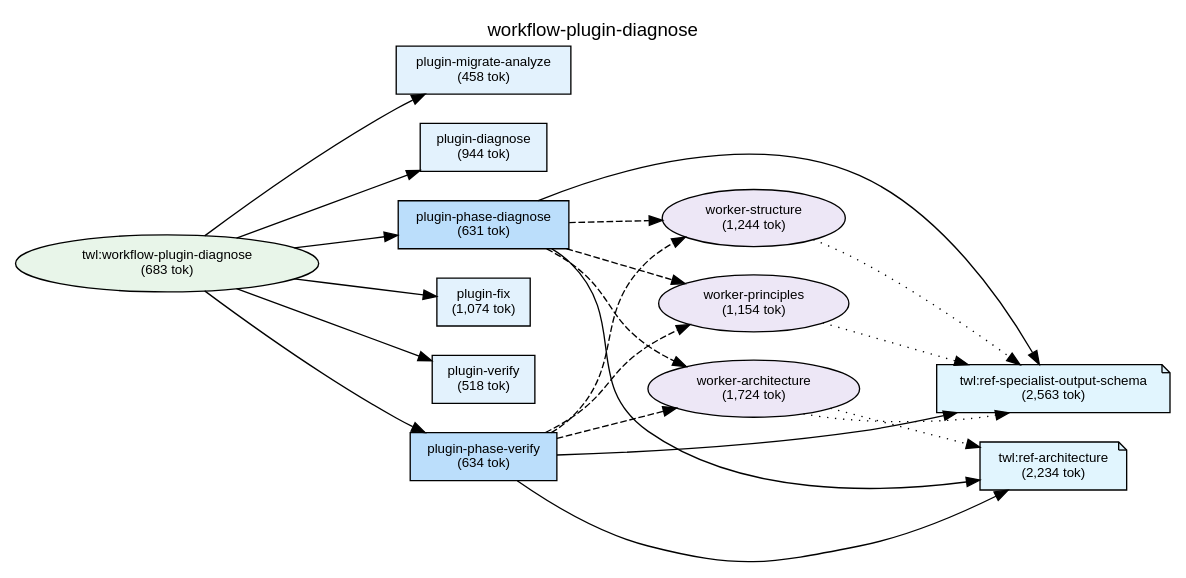
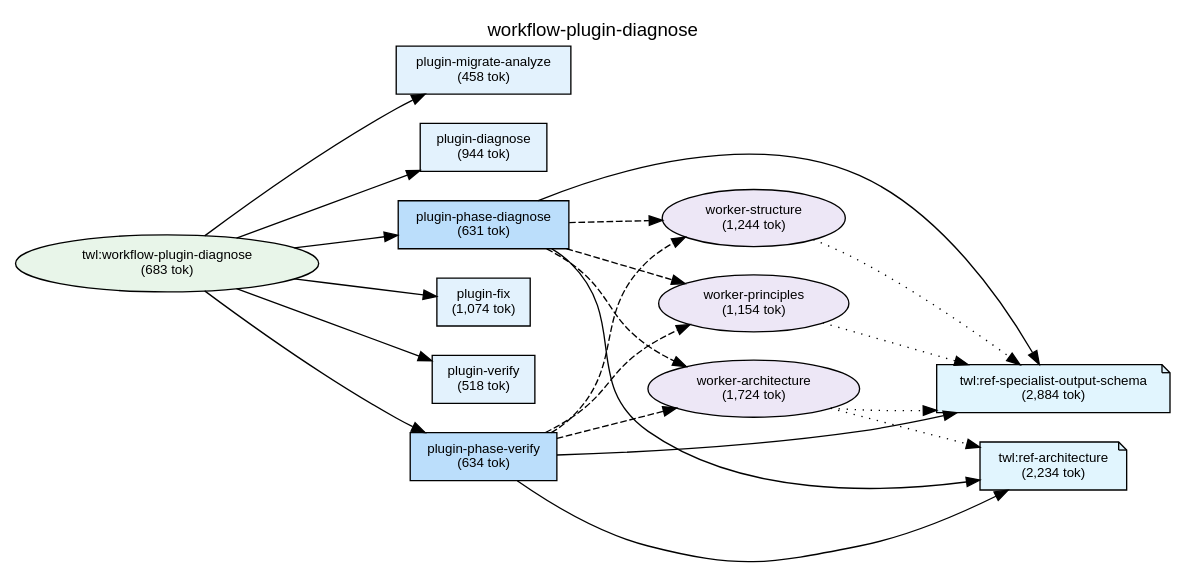
One commit to shuu5/twill changed the diagram in plugins/twl/docs/deps-workflow-plugin-diagnose.dot. Above: the diagram before and after it, drawn with Graphviz. The commit also changed 19 other files, not shown here.

```diff
--- a/plugins/twl/docs/deps-workflow-plugin-diagnose.dot
+++ b/plugins/twl/docs/deps-workflow-plugin-diagnose.dot
@@ -1,89 +1,88 @@
 digraph Dependencies {
     // Graph settings
     rankdir=LR;
     ranksep=0.8;
     nodesep=0.3;
     fontname="Helvetica";
     node [fontname="Helvetica", fontsize=10];
     edge [fontname="Helvetica", fontsize=9];
     label="workflow-plugin-diagnose";
     labelloc=t;
     fontsize=14;
 
     // L0: Controller Skills
 
     // L0: Launchers
 
     // L0.5: Workflow Skills
     skill_workflow_plugin_diagnose [label="twl:workflow-plugin-diagnose\n(683 tok)", shape=ellipse, style=filled, fillcolor="#e8f5e9"];
 
     // Reference Skills
-    skill_ref_specialist_output_schema [label="twl:ref-specialist-output-schema\n(2,563 tok)", shape=note, style=filled, fillcolor="#e1f5fe"];
+    skill_ref_specialist_output_schema [label="twl:ref-specialist-output-schema\n(2,884 tok)", shape=note, style=filled, fillcolor="#e1f5fe"];
     skill_ref_architecture [label="twl:ref-architecture\n(2,234 tok)", shape=note, style=filled, fillcolor="#e1f5fe"];
 
     // L1: Direct Commands
     cmd_plugin_migrate_analyze [label="plugin-migrate-analyze\n(458 tok)", shape=box, style=filled, fillcolor="#e3f2fd"];
     cmd_plugin_diagnose [label="plugin-diagnose\n(944 tok)", shape=box, style=filled, fillcolor="#e3f2fd"];
     cmd_plugin_fix [label="plugin-fix\n(1,074 tok)", shape=box, style=filled, fillcolor="#e3f2fd"];
     cmd_plugin_verify [label="plugin-verify\n(518 tok)", shape=box, style=filled, fillcolor="#e3f2fd"];
     cmd_plugin_phase_diagnose [label="plugin-phase-diagnose\n(631 tok)", shape=box, style=filled, fillcolor="#bbdefb"];
     cmd_plugin_phase_verify [label="plugin-phase-verify\n(634 tok)", shape=box, style=filled, fillcolor="#bbdefb"];
 
     // L2: Sub Commands
 
     // L3: Agents
     agent_worker_structure [label="worker-structure\n(1,244 tok)", shape=ellipse, style=filled, fillcolor="#ede7f6"];
     agent_worker_principles [label="worker-principles\n(1,154 tok)", shape=ellipse, style=filled, fillcolor="#ede7f6"];
     agent_worker_architecture [label="worker-architecture\n(1,724 tok)", shape=ellipse, style=filled, fillcolor="#ede7f6"];
 
     // L3.5: Scripts
 
     // L4: External
 
     // Layer constraints
     { rank=same; skill_workflow_plugin_diagnose; }
     { rank=same; skill_ref_specialist_output_schema; skill_ref_architecture; }
     { rank=same; cmd_plugin_migrate_analyze; cmd_plugin_diagnose; cmd_plugin_fix; cmd_plugin_verify; cmd_plugin_phase_diagnose; cmd_plugin_phase_verify; }
     { rank=same; agent_worker_structure; agent_worker_principles; agent_worker_architecture; }
 
     // Edges
     skill_workflow_plugin_diagnose -> cmd_plugin_migrate_analyze;
     skill_workflow_plugin_diagnose -> cmd_plugin_diagnose;
     skill_workflow_plugin_diagnose -> cmd_plugin_phase_diagnose;
     skill_workflow_plugin_diagnose -> cmd_plugin_fix;
     skill_workflow_plugin_diagnose -> cmd_plugin_verify;
     skill_workflow_plugin_diagnose -> cmd_plugin_phase_verify;
     cmd_plugin_phase_diagnose -> agent_worker_structure [style=dashed];
     cmd_plugin_phase_diagnose -> agent_worker_principles [style=dashed];
     cmd_plugin_phase_diagnose -> agent_worker_architecture [style=dashed];
     cmd_plugin_phase_diagnose -> skill_ref_specialist_output_schema;
     cmd_plugin_phase_diagnose -> skill_ref_architecture;
     cmd_plugin_phase_verify -> agent_worker_structure [style=dashed];
     cmd_plugin_phase_verify -> agent_worker_principles [style=dashed];
     cmd_plugin_phase_verify -> agent_worker_architecture [style=dashed];
     cmd_plugin_phase_verify -> skill_ref_specialist_output_schema;
     cmd_plugin_phase_verify -> skill_ref_architecture;
     agent_worker_structure -> skill_ref_specialist_output_schema [style=dotted];
     agent_worker_principles -> skill_ref_specialist_output_schema [style=dotted];
     agent_worker_architecture -> skill_ref_specialist_output_schema [style=dotted];
     agent_worker_architecture -> skill_ref_architecture [style=dotted];
 
     // Ordering constraints (invisible edges)
     cmd_plugin_migrate_analyze -> cmd_plugin_diagnose [style=invis, weight=10];
     cmd_plugin_diagnose -> cmd_plugin_phase_diagnose [style=invis, weight=10];
     cmd_plugin_phase_diagnose -> cmd_plugin_fix [style=invis, weight=10];
     cmd_plugin_fix -> cmd_plugin_verify [style=invis, weight=10];
     cmd_plugin_verify -> cmd_plugin_phase_verify [style=invis, weight=10];
     agent_worker_structure -> agent_worker_principles [style=invis, weight=10];
     agent_worker_principles -> agent_worker_architecture [style=invis, weight=10];
     agent_worker_architecture -> skill_ref_specialist_output_schema [style=invis, weight=10];
     skill_ref_specialist_output_schema -> skill_ref_architecture [style=invis, weight=10];
     agent_worker_structure -> agent_worker_principles [style=invis, weight=10];
     agent_worker_principles -> agent_worker_architecture [style=invis, weight=10];
     agent_worker_architecture -> skill_ref_specialist_output_schema [style=invis, weight=10];
     skill_ref_specialist_output_schema -> skill_ref_architecture [style=invis, weight=10];
     agent_worker_structure -> agent_worker_principles [style=invis, weight=10];
     agent_worker_structure -> agent_worker_principles [style=invis, weight=10];
-    agent_worker_architecture -> skill_ref_specialist_output_schema [style=invis, weight=10];
 
 }
```
